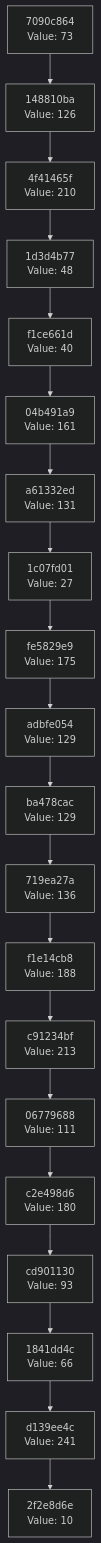
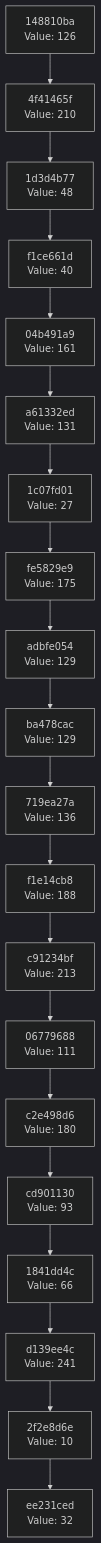
Before and after one commit to Abhisheksinha1506/hash-chain-evolver: the diagram in docs/CHAIN_VISUALIZATION.md, drawn with Mermaid (dark theme). The commit also changed 3 other files, not shown here.

````diff
--- a/docs/CHAIN_VISUALIZATION.md
+++ b/docs/CHAIN_VISUALIZATION.md
@@ -3,42 +3,42 @@
 ```mermaid
 graph TD
-    C0["2f2e8d6e<br/>Value: 10"]
-    C1["d139ee4c<br/>Value: 241"]
+    C0["ee231ced<br/>Value: 32"]
+    C1["2f2e8d6e<br/>Value: 10"]
     C1 --> C0
-    C2["1841dd4c<br/>Value: 66"]
+    C2["d139ee4c<br/>Value: 241"]
     C2 --> C1
-    C3["cd901130<br/>Value: 93"]
+    C3["1841dd4c<br/>Value: 66"]
     C3 --> C2
-    C4["c2e498d6<br/>Value: 180"]
+    C4["cd901130<br/>Value: 93"]
     C4 --> C3
-    C5["06779688<br/>Value: 111"]
+    C5["c2e498d6<br/>Value: 180"]
     C5 --> C4
-    C6["c91234bf<br/>Value: 213"]
+    C6["06779688<br/>Value: 111"]
     C6 --> C5
-    C7["f1e14cb8<br/>Value: 188"]
+    C7["c91234bf<br/>Value: 213"]
     C7 --> C6
-    C8["719ea27a<br/>Value: 136"]
+    C8["f1e14cb8<br/>Value: 188"]
     C8 --> C7
-    C9["ba478cac<br/>Value: 129"]
+    C9["719ea27a<br/>Value: 136"]
     C9 --> C8
-    C10["adbfe054<br/>Value: 129"]
+    C10["ba478cac<br/>Value: 129"]
     C10 --> C9
-    C11["fe5829e9<br/>Value: 175"]
+    C11["adbfe054<br/>Value: 129"]
     C11 --> C10
-    C12["1c07fd01<br/>Value: 27"]
+    C12["fe5829e9<br/>Value: 175"]
     C12 --> C11
-    C13["a61332ed<br/>Value: 131"]
+    C13["1c07fd01<br/>Value: 27"]
     C13 --> C12
-    C14["04b491a9<br/>Value: 161"]
+    C14["a61332ed<br/>Value: 131"]
     C14 --> C13
-    C15["f1ce661d<br/>Value: 40"]
+    C15["04b491a9<br/>Value: 161"]
     C15 --> C14
-    C16["1d3d4b77<br/>Value: 48"]
+    C16["f1ce661d<br/>Value: 40"]
     C16 --> C15
-    C17["4f41465f<br/>Value: 210"]
+    C17["1d3d4b77<br/>Value: 48"]
     C17 --> C16
-    C18["148810ba<br/>Value: 126"]
+    C18["4f41465f<br/>Value: 210"]
     C18 --> C17
-    C19["7090c864<br/>Value: 73"]
+    C19["148810ba<br/>Value: 126"]
     C19 --> C18
 ```
````
